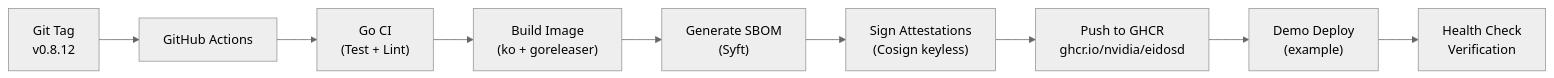
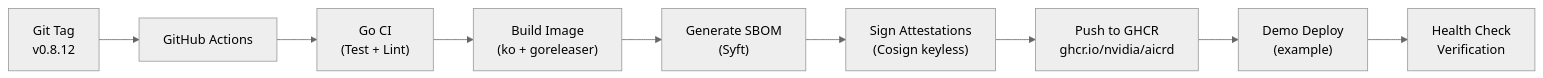
Before and after one commit to resker/aicr: the fourth of 4 diagrams in docs/contributor/api-server.md, drawn with Mermaid (neutral theme). The commit also changed other lines of this file and 390 other files, not shown here.

````diff
--- a/docs/contributor/api-server.md
+++ b/docs/contributor/api-server.md
@@ -541,11 +541,11 @@
 ```mermaid
 flowchart LR
     A["Git Tag<br/>v0.8.12"] --> B["GitHub Actions"]
     B --> C["Go CI<br/>(Test + Lint)"]
     C --> D["Build Image<br/>(ko + goreleaser)"]
     D --> E["Generate SBOM<br/>(Syft)"]
     E --> F["Sign Attestations<br/>(Cosign keyless)"]
-    F --> G["Push to GHCR<br/>ghcr.io/nvidia/eidosd"]
+    F --> G["Push to GHCR<br/>ghcr.io/nvidia/aicrd"]
     G --> H["Demo Deploy<br/>(example)"]
     H --> I["Health Check<br/>Verification"]
 ```
````
